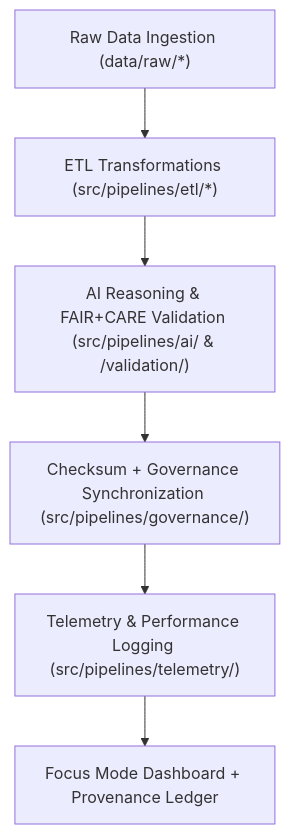
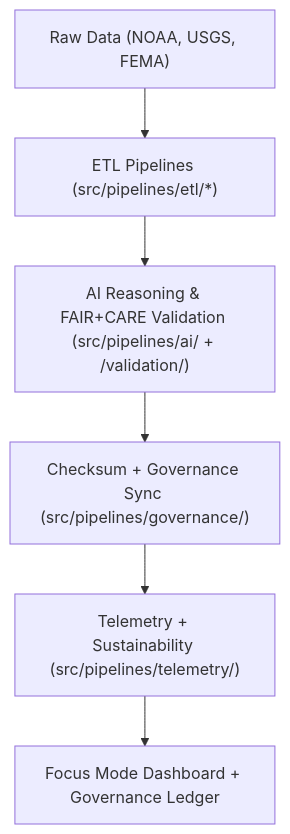
One commit to bartytime4life/Kansas-Frontier-Matrix changed the diagram in src/pipelines/README.md. Above: the diagram before and after it, drawn with Mermaid. The commit also changed other lines of this file, not shown here.

````diff
--- a/src/pipelines/README.md
+++ b/src/pipelines/README.md
@@ -92,8 +92,8 @@
 ```mermaid
 flowchart TD
-    A["Raw Data Ingestion (data/raw/*)"] --> B["ETL Transformations (src/pipelines/etl/*)"]
-    B --> C["AI Reasoning & FAIR+CARE Validation (src/pipelines/ai/ & /validation/)"]
-    C --> D["Checksum + Governance Synchronization (src/pipelines/governance/)"]
-    D --> E["Telemetry & Performance Logging (src/pipelines/telemetry/)"]
-    E --> F["Focus Mode Dashboard + Provenance Ledger"]
+    A["Raw Data (NOAA, USGS, FEMA)"] --> B["ETL Pipelines (src/pipelines/etl/*)"]
+    B --> C["AI Reasoning & FAIR+CARE Validation (src/pipelines/ai/ + /validation/)"]
+    C --> D["Checksum + Governance Sync (src/pipelines/governance/)"]
+    D --> E["Telemetry + Sustainability (src/pipelines/telemetry/)"]
+    E --> F["Focus Mode Dashboard + Governance Ledger"]
 ```
````
